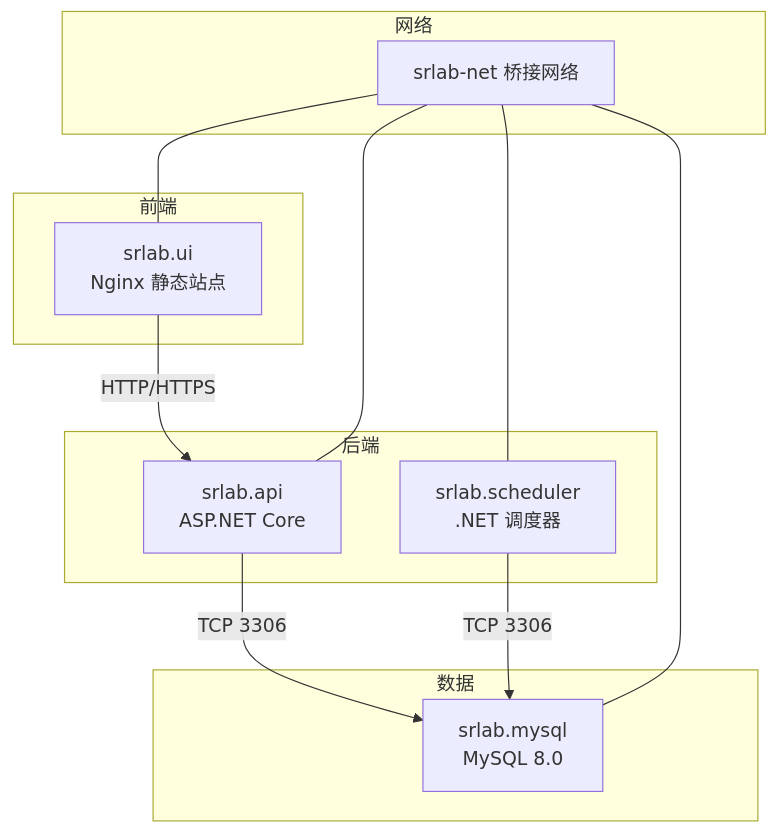
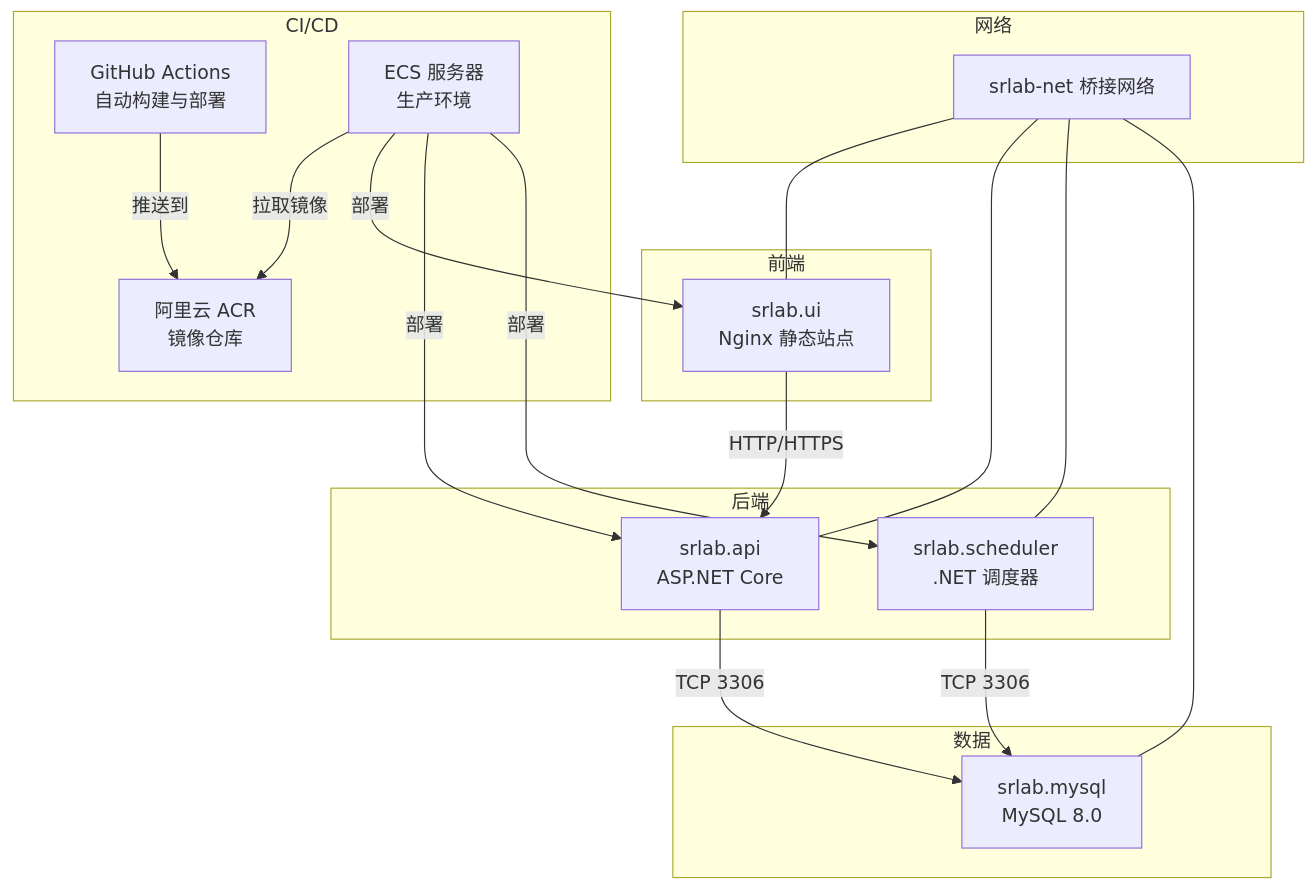
One commit to TinyMaD/SpeedRunnersLab changed the first of 4 diagrams in .qoder/repowiki/zh/content/部署运维.md. Above: the diagram before and after it, drawn with Mermaid. The commit also changed other lines of this file and 9 other files, not shown here.

Commit message:
接入 GitHub Actions CI/CD (ghcr.io 方案)

````diff
--- a/.qoder/repowiki/zh/content/部署运维.md
+++ b/.qoder/repowiki/zh/content/部署运维.md
@@ -38,23 +45,33 @@
 ```mermaid
 graph TB
 subgraph "网络"
 NET["srlab-net 桥接网络"]
 end
 subgraph "前端"
 UI["srlab.ui<br/>Nginx 静态站点"]
 end
 subgraph "后端"
 API["srlab.api<br/>ASP.NET Core"]
 SCHED["srlab.scheduler<br/>.NET 调度器"]
 end
 subgraph "数据"
 MYSQL["srlab.mysql<br/>MySQL 8.0"]
 end
+subgraph "CI/CD"
+GHA["GitHub Actions<br/>自动构建与部署"]
+ACR["阿里云 ACR<br/>镜像仓库"]
+ECS["ECS 服务器<br/>生产环境"]
+end
 UI --> |"HTTP/HTTPS"| API
 API --> |"TCP 3306"| MYSQL
 SCHED --> |"TCP 3306"| MYSQL
 NET --- UI
 NET --- API
 NET --- SCHED
 NET --- MYSQL
+GHA --> |"推送到"| ACR
+ECS --> |"拉取镜像"| ACR
+ECS --> |"部署"| UI
+ECS --> |"部署"| API
+ECS --> |"部署"| SCHED
 ```
````
